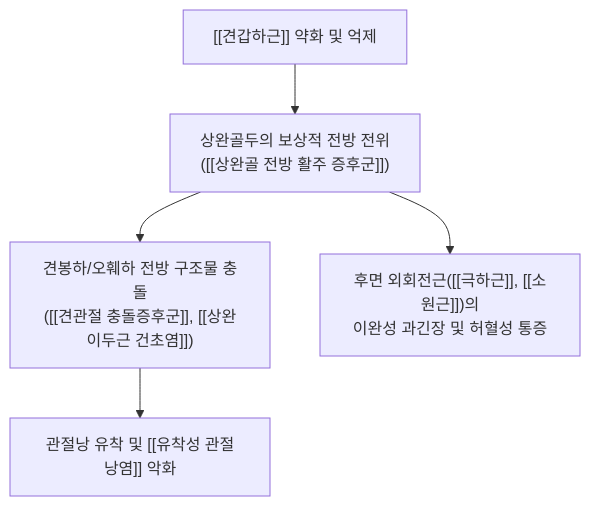
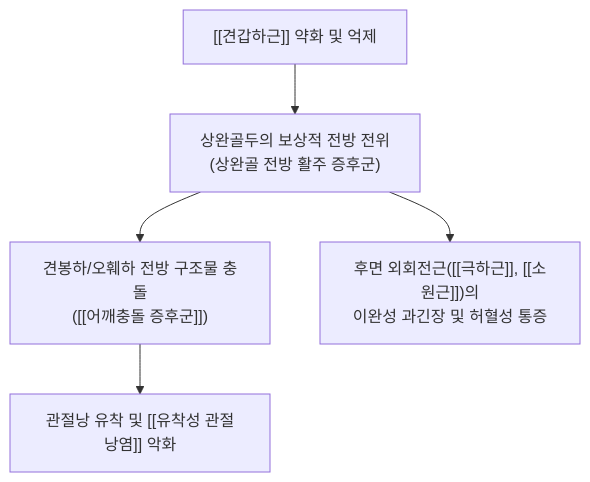
Before and after one commit to simbio11/simbio-digital-garden2: the second of 3 diagrams in content/1. 근골격계 공부/근육/(4) 어깨/견갑하근.md, drawn with Mermaid. The commit also changed other lines of this file and 150 other files, not shown here.

````diff
--- a/content/1. 근골격계 공부/근육/(4) 어깨/견갑하근.md
+++ b/content/1. 근골격계 공부/근육/(4) 어깨/견갑하근.md
@@ -57,10 +67,7 @@
 ```mermaid
 graph TD
-    SubscapWeak["[[견갑하근]] 약화 및 억제"] --> HumeralAntGlide["상완골두의 보상적 전방 전위
-([[상완골 전방 활주 증후군]])"]
-    HumeralAntGlide --> Impingement["견봉하/오훼하 전방 구조물 충돌
-([[견관절 충돌증후군]], [[상완이두근 건초염]])"]
-    HumeralAntGlide --> ExtRotSpasm["후면 외회전근([[극하근]], [[소원근]])의
-이완성 과긴장 및 허혈성 통증"]
+    SubscapWeak["[[견갑하근]] 약화 및 억제"] --> HumeralAntGlide["상완골두의 보상적 전방 전위<br>(상완골 전방 활주 증후군)"]
+    HumeralAntGlide --> Impingement["견봉하/오훼하 전방 구조물 충돌<br>([[어깨충돌 증후군]])"]
+    HumeralAntGlide --> ExtRotSpasm["후면 외회전근([[극하근]], [[소원근]])의<br>이완성 과긴장 및 허혈성 통증"]
     Impingement --> FrozenShoulder["관절낭 유착 및 [[유착성 관절낭염]] 악화"]
 ```
````
